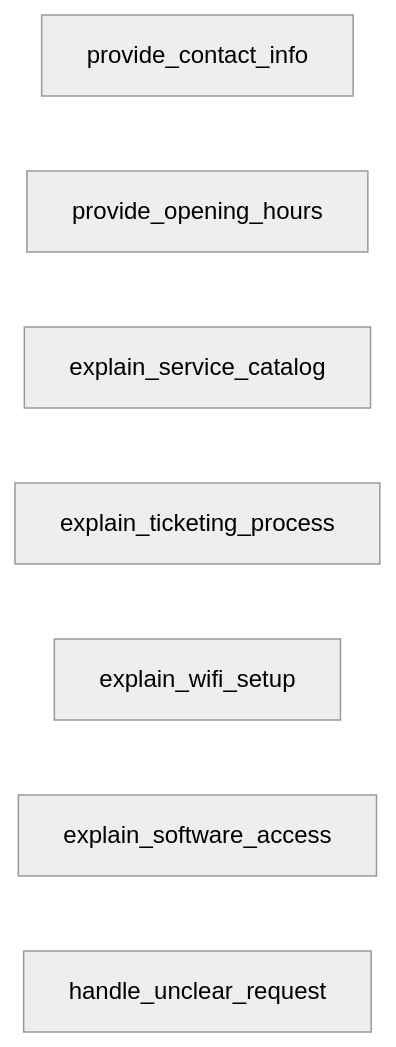
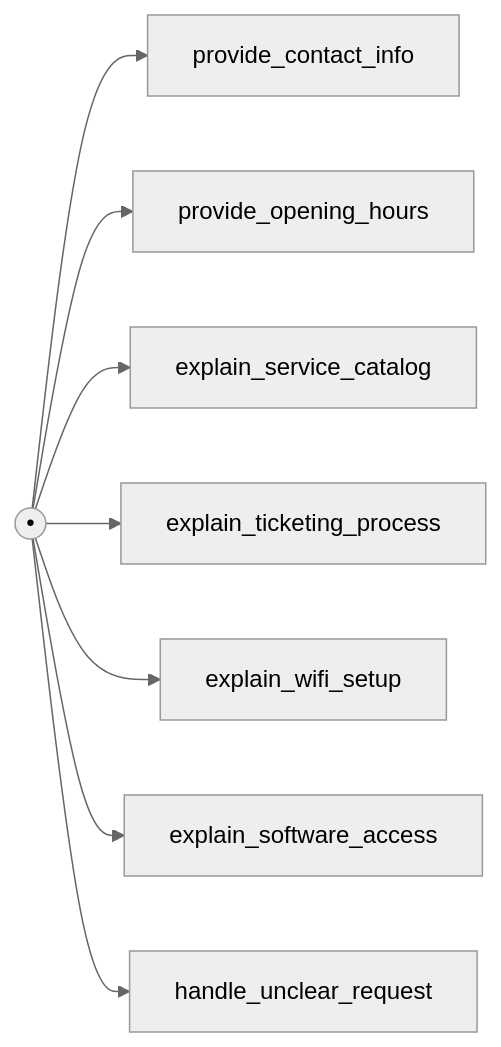
One commit to Chatbot-TRACER/TRACER changed the fourth of 4 diagrams in readme.md. Above: the diagram before and after it, drawn with Mermaid (neutral theme). The commit also changed other lines of this file, not shown here.

````diff
--- a/readme.md
+++ b/readme.md
@@ -113,10 +134,18 @@
 ```mermaid
 graph LR
+    Start((•)) --> A
+    Start --> B
+    Start --> C
+    Start --> D
+    Start --> E
+    Start --> F
+    Start --> G
+
     A[provide_contact_info];
     B[provide_opening_hours];
     C[explain_service_catalog];
     D[explain_ticketing_process];
     E[explain_wifi_setup];
     F[explain_software_access];
     G[handle_unclear_request];
 ```
````
